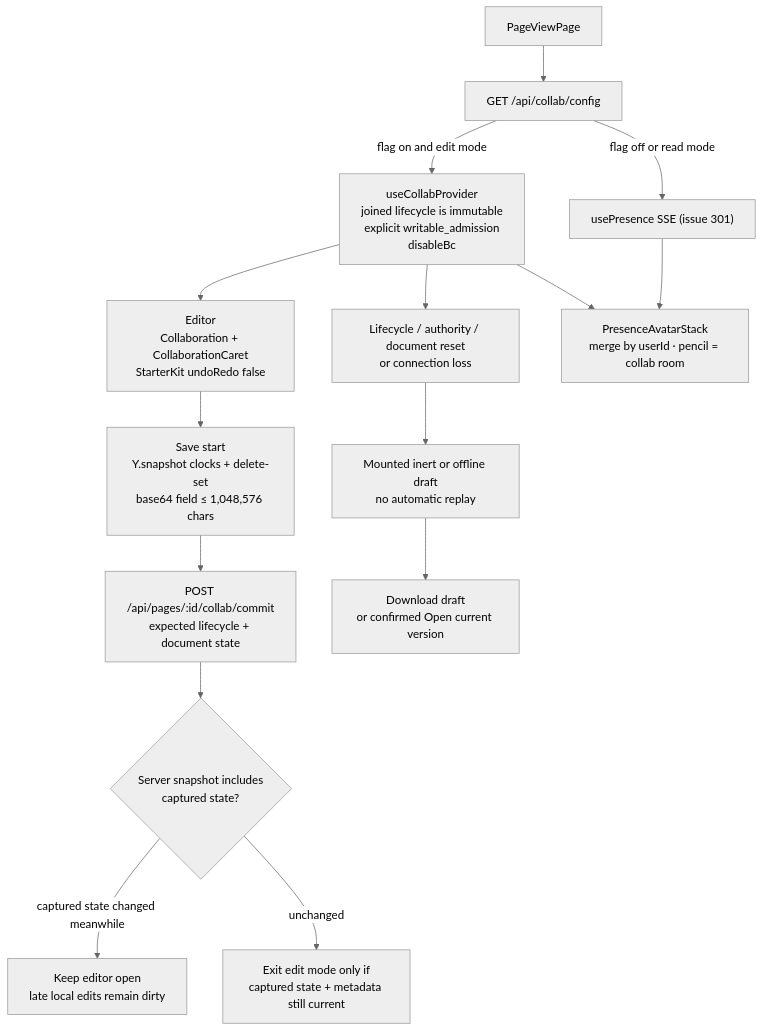
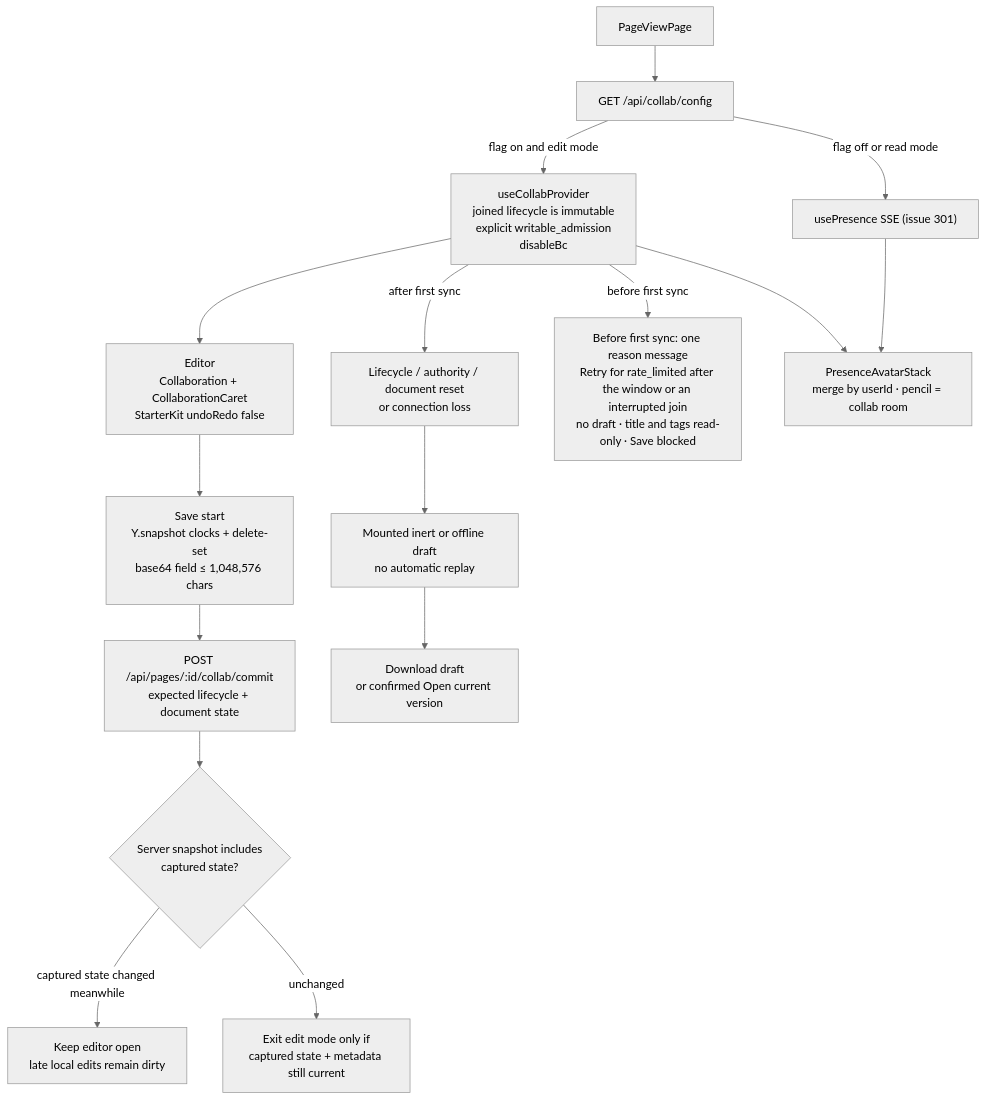
Before and after one commit to Compendiq/compendiq-ce: the fifth of 10 diagrams in docs/architecture/04-frontend-structure.md, drawn with Mermaid (neutral theme). The commit also changed other lines of this file and 9 other files, not shown here.

First line of the commit message:
fix(collab): keep pre-live frames and show the real join refusal before sync (#1895)

````diff
--- a/docs/architecture/04-frontend-structure.md
+++ b/docs/architecture/04-frontend-structure.md
@@ -425,27 +425,29 @@
 ```mermaid
 flowchart TB
     page["PageViewPage"]
     cfg["GET /api/collab/config"]
     hook["useCollabProvider<br/>joined lifecycle is immutable<br/>explicit writable_admission<br/>disableBc"]
     ed["Editor<br/>Collaboration + CollaborationCaret<br/>StarterKit undoRedo false"]
     save["Save start<br/>Y.snapshot clocks + delete-set<br/>base64 field ≤ 1,048,576 chars"]
     api["POST /api/pages/:id/collab/commit<br/>expected lifecycle + document state"]
     ack{"Server snapshot includes<br/>captured state?"}
     stay["Keep editor open<br/>late local edits remain dirty"]
     exit["Exit edit mode only if<br/>captured state + metadata still current"]
     fence["Lifecycle / authority / document reset<br/>or connection loss"]
     draft["Mounted inert or offline draft<br/>no automatic replay"]
     recovery["Download draft<br/>or confirmed Open current version"]
+    join["Before first sync: one reason message<br/>Retry for rate_limited after the window or an interrupted join<br/>no draft · title and tags read-only · Save blocked"]
     sse["usePresence SSE (issue 301)"]
     stack["PresenceAvatarStack<br/>merge by userId · pencil = collab room"]
 
     page --> cfg
     cfg -->|flag on and edit mode| hook --> ed
     cfg -->|flag off or read mode| sse
     ed --> save --> api --> ack
     ack -->|captured state changed meanwhile| stay
     ack -->|unchanged| exit
-    hook --> fence --> draft --> recovery
+    hook -->|before first sync| join
+    hook -->|after first sync| fence --> draft --> recovery
     hook --> stack
     sse --> stack
 ```
````
